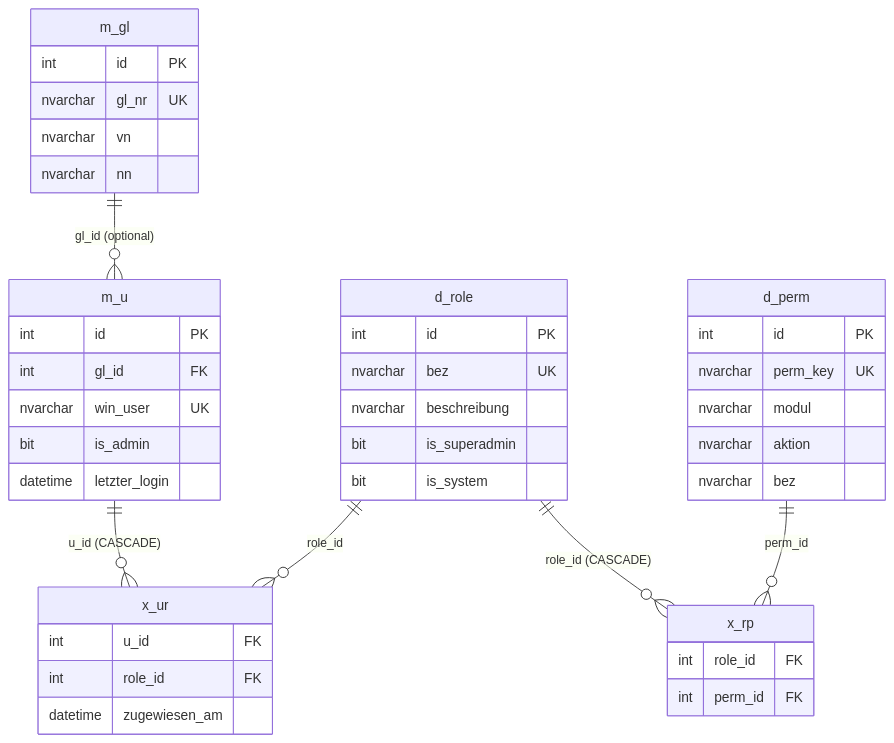
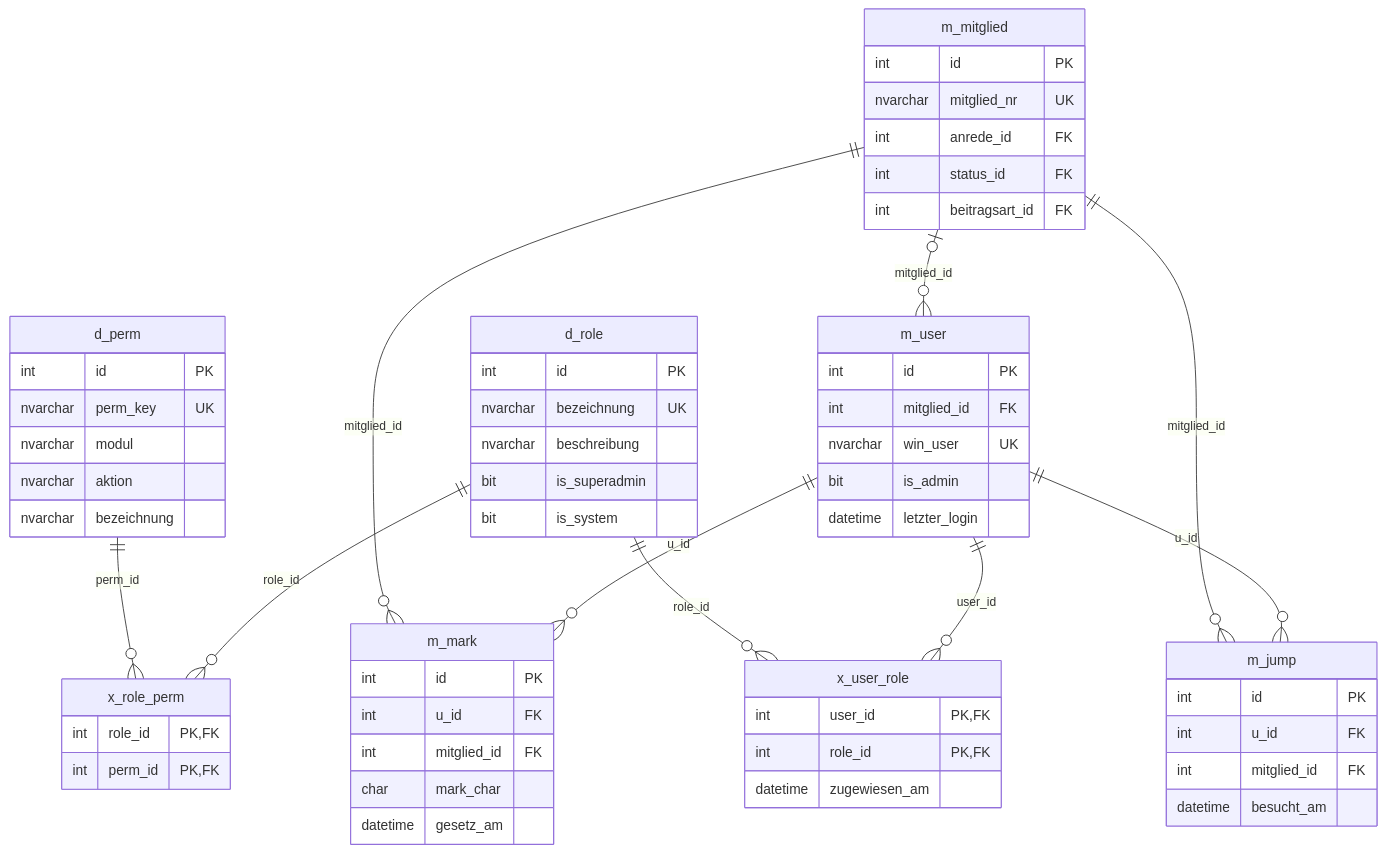
The third of 6 diagrams in schema-diagramme.md (ovaya2/y), drawn with Mermaid before and after one commit. The commit also changed other lines of this file and 1 other file, not shown here.

First line of the commit message:
docs: schema.md und schema-diagramme.md v2.0.0 (Neuaufbau aus yam2.Database, Stand d1dfd1b)

````diff
--- a/schema-diagramme.md
+++ b/schema-diagramme.md
@@ -164,50 +186,62 @@
 ```mermaid
 erDiagram
-    m_u {
+    m_user {
         int id PK
-        int gl_id FK
+        int mitglied_id FK
         nvarchar win_user UK
         bit is_admin
         datetime letzter_login
     }
-
+    x_user_role {
+        int user_id PK, FK
+        int role_id PK, FK
+        datetime zugewiesen_am
+    }
     d_role {
         int id PK
-        nvarchar bez UK
+        nvarchar bezeichnung UK
         nvarchar beschreibung
         bit is_superadmin
         bit is_system
     }
-
+    x_role_perm {
+        int role_id PK, FK
+        int perm_id PK, FK
+    }
     d_perm {
         int id PK
         nvarchar perm_key UK
         nvarchar modul
         nvarchar aktion
-        nvarchar bez
+        nvarchar bezeichnung
     }
-
-    x_ur {
+    m_jump {
+        int id PK
         int u_id FK
-        int role_id FK
-        datetime zugewiesen_am
+        int mitglied_id FK
+        datetime besucht_am
     }
-
-    x_rp {
-        int role_id FK
-        int perm_id FK
+    m_mark {
+        int id PK
+        int u_id FK
+        int mitglied_id FK
+        char mark_char
+        datetime gesetz_am
     }
-
-    m_gl {
+    m_mitglied {
         int id PK
-        nvarchar gl_nr UK
-        nvarchar vn
-        nvarchar nn
+        nvarchar mitglied_nr UK
+        int anrede_id FK
+        int status_id FK
+        int beitragsart_id FK
     }
-
-    m_gl ||--o{ m_u : "gl_id (optional)"
-    m_u ||--o{ x_ur : "u_id (CASCADE)"
-    d_role ||--o{ x_ur : "role_id"
-    d_role ||--o{ x_rp : "role_id (CASCADE)"
-    d_perm ||--o{ x_rp : "perm_id"
+    m_mitglied |o--o{ m_user : "mitglied_id"
+    d_role ||--o{ x_user_role : "role_id"
+    m_user ||--o{ x_user_role : "user_id"
+    d_perm ||--o{ x_role_perm : "perm_id"
+    d_role ||--o{ x_role_perm : "role_id"
+    m_mitglied ||--o{ m_jump : "mitglied_id"
+    m_user ||--o{ m_jump : "u_id"
+    m_mitglied ||--o{ m_mark : "mitglied_id"
+    m_user ||--o{ m_mark : "u_id"
 ```
````
